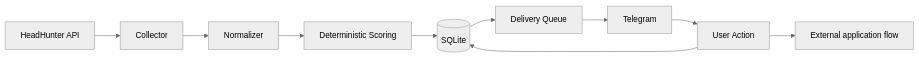
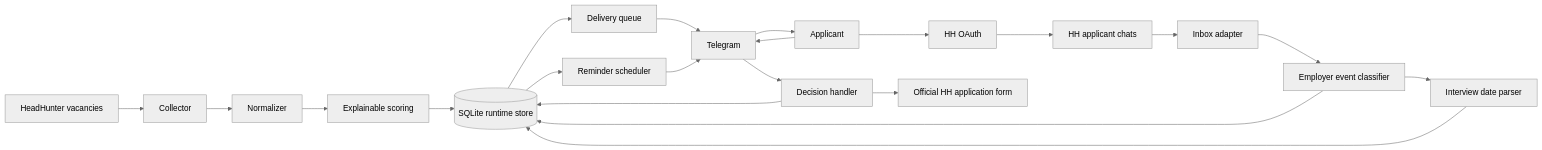
Before and after one commit to blsoo/jobradar-vacancy-intelligence: the first of 4 diagrams in ARCHITECTURE.md, drawn with Mermaid (neutral theme). The commit also changed other lines of this file, not shown here.

Commit message:
Refresh JobRadar architecture to current runtime

````diff
--- a/ARCHITECTURE.md
+++ b/ARCHITECTURE.md
@@ -9,12 +11,25 @@
 ```mermaid
 flowchart LR
-    HH[HeadHunter API] --> C[Collector]
+    HHV[HeadHunter vacancies] --> C[Collector]
     C --> N[Normalizer]
-    N --> S[Deterministic Scoring]
-    S --> D[(SQLite)]
-    D --> Q[Delivery Queue]
+    N --> S[Explainable scoring]
+    S --> DB[(SQLite runtime store)]
+    DB --> Q[Delivery queue]
     Q --> TG[Telegram]
-    TG --> A[User Action]
-    A --> D
-    A --> EXT[External application flow]
+    TG --> U[Applicant]
+    U --> TG
+    TG --> D[Decision handler]
+    D --> DB
+
+    U --> HHAUTH[HH OAuth]
+    HHAUTH --> HHC[HH applicant chats]
+    HHC --> INBOX[Inbox adapter]
+    INBOX --> E[Employer event classifier]
+    E --> DB
+    E --> I[Interview date parser]
+    I --> DB
+    DB --> R[Reminder scheduler]
+    R --> TG
+
+    D --> HHFORM[Official HH application form]
 ```
````
